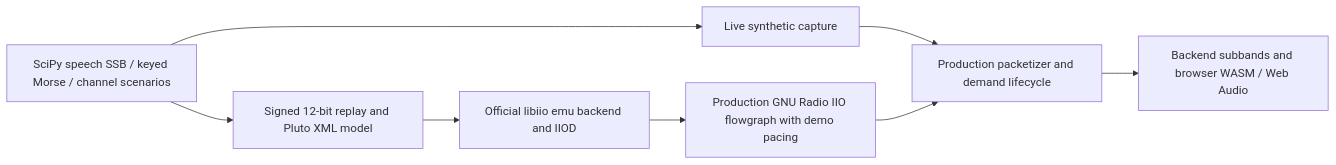
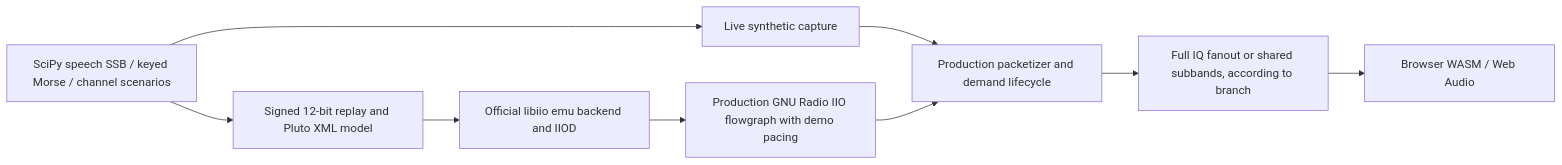
The diagram in docs/simulation.md (Biblink02/WebSDR-Transceiver), drawn with Mermaid before and after one commit. The commit also changed other lines of this file and 2 other files, not shown here.

````diff
--- a/docs/simulation.md
+++ b/docs/simulation.md
@@ -6,10 +7,11 @@
 ```mermaid
 flowchart LR
     Signals[SciPy speech SSB / keyed Morse / channel scenarios] --> Synthetic[Live synthetic capture]
     Signals --> Replay[Signed 12-bit replay and Pluto XML model]
     Replay --> Emulator[Official libiio emu backend and IIOD]
     Emulator --> GNU[Production GNU Radio IIO flowgraph with demo pacing]
     Synthetic --> Publisher[Production packetizer and demand lifecycle]
     GNU --> Publisher
-    Publisher --> Receiver[Backend subbands and browser WASM / Web Audio]
+    Publisher --> Backend[Full IQ fanout or shared subbands, according to branch]
+    Backend --> Receiver[Browser WASM / Web Audio]
 ```
````
